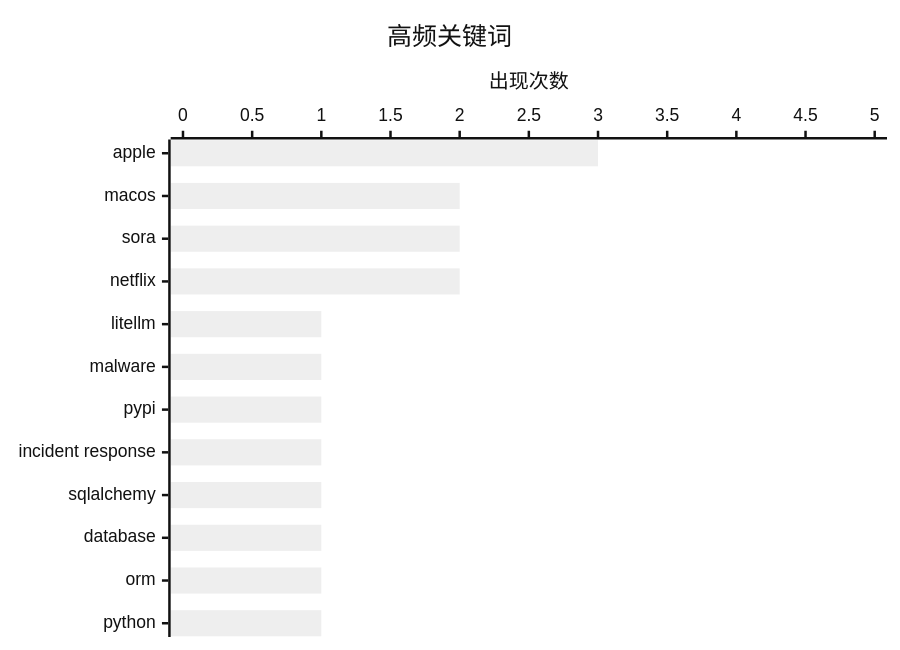
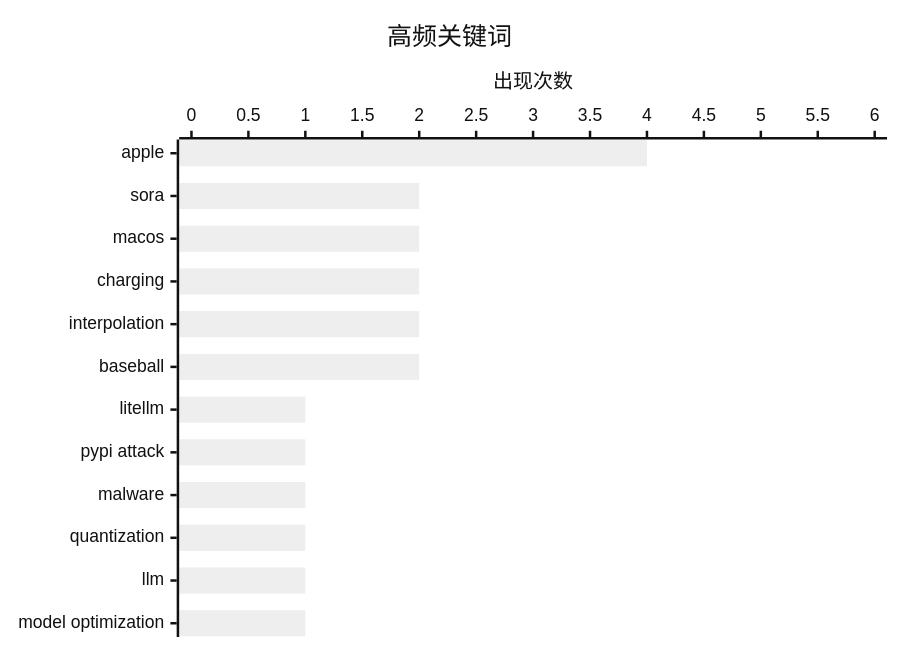
The second of 2 diagrams in src/content/digest/2026-03-27.md (hustlyt/ai-daily-digest), drawn with Mermaid (neutral theme) before and after one commit. The commit also changed other lines of this file, not shown here.

````diff
--- a/src/content/digest/2026-03-27.md
+++ b/src/content/digest/2026-03-27.md
@@ -136,7 +136,7 @@
 ```mermaid
 xychart-beta horizontal
     title "高频关键词"
-    x-axis ["apple", "macos", "sora", "netflix", "litellm", "malware", "pypi", "incident response", "sqlalchemy", "database", "orm", "python"]
-    y-axis "出现次数" 0 --> 5
-    bar [3, 2, 2, 2, 1, 1, 1, 1, 1, 1, 1, 1]
+    x-axis ["apple", "sora", "macos", "charging", "interpolation", "baseball", "litellm", "pypi attack", "malware", "quantization", "llm", "model optimization"]
+    y-axis "出现次数" 0 --> 6
+    bar [4, 2, 2, 2, 2, 2, 1, 1, 1, 1, 1, 1]
 ```
````
